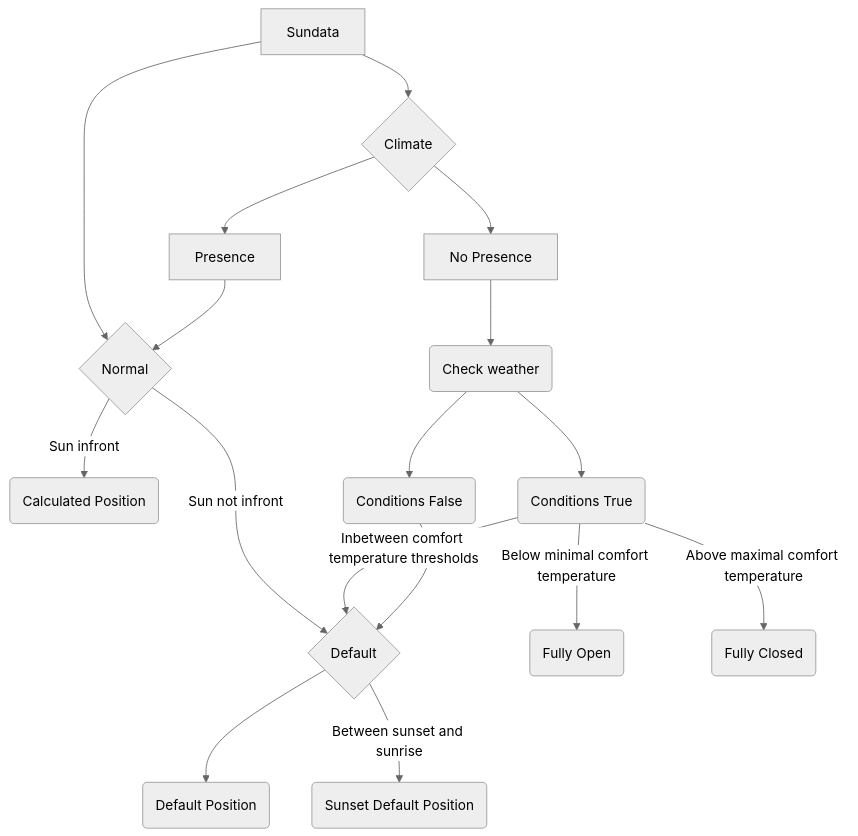
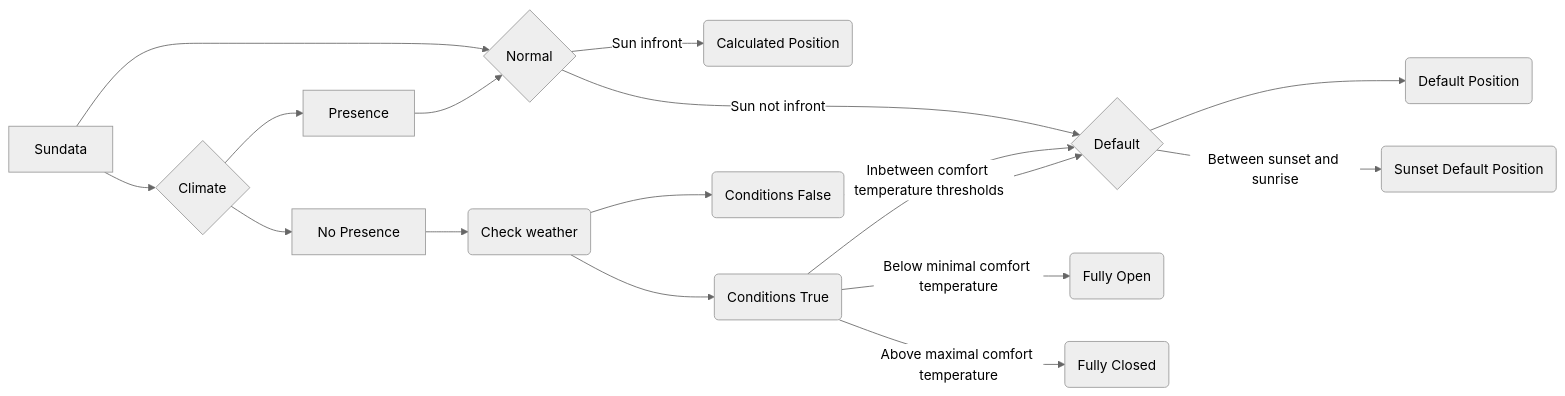
Before and after one commit to basbruss/adaptive-cover: the diagram in README.md, drawn with Mermaid (neutral theme).

````diff
--- a/README.md
+++ b/README.md
@@ -77,24 +77,24 @@
 ```mermaid
-    flowchart TD
+    flowchart LR
         A[Sundata] --> B{Normal}
         A --> C{Climate}
 
         B --> |Sun not infront| D{Default}
         B --> |Sun infront| E(Calculated Position)
 
         D --> H(Default Position)
         D --> |Between sunset and sunrise|I(Sunset Default Position)
 
         C --> F[No Presence]
         C --> G[Presence]
         G --> B
 
         F --> M(Check weather)
         M --> N(Conditions False)
         M --> O(Conditions True)
 
         O --> |Below minimal comfort temperature|K(Fully Open)
         O --> |Above maximal comfort temperature|L(Fully Closed)
         O --> |Inbetween comfort temperature thresholds |D
         N --> D
 ```
````
